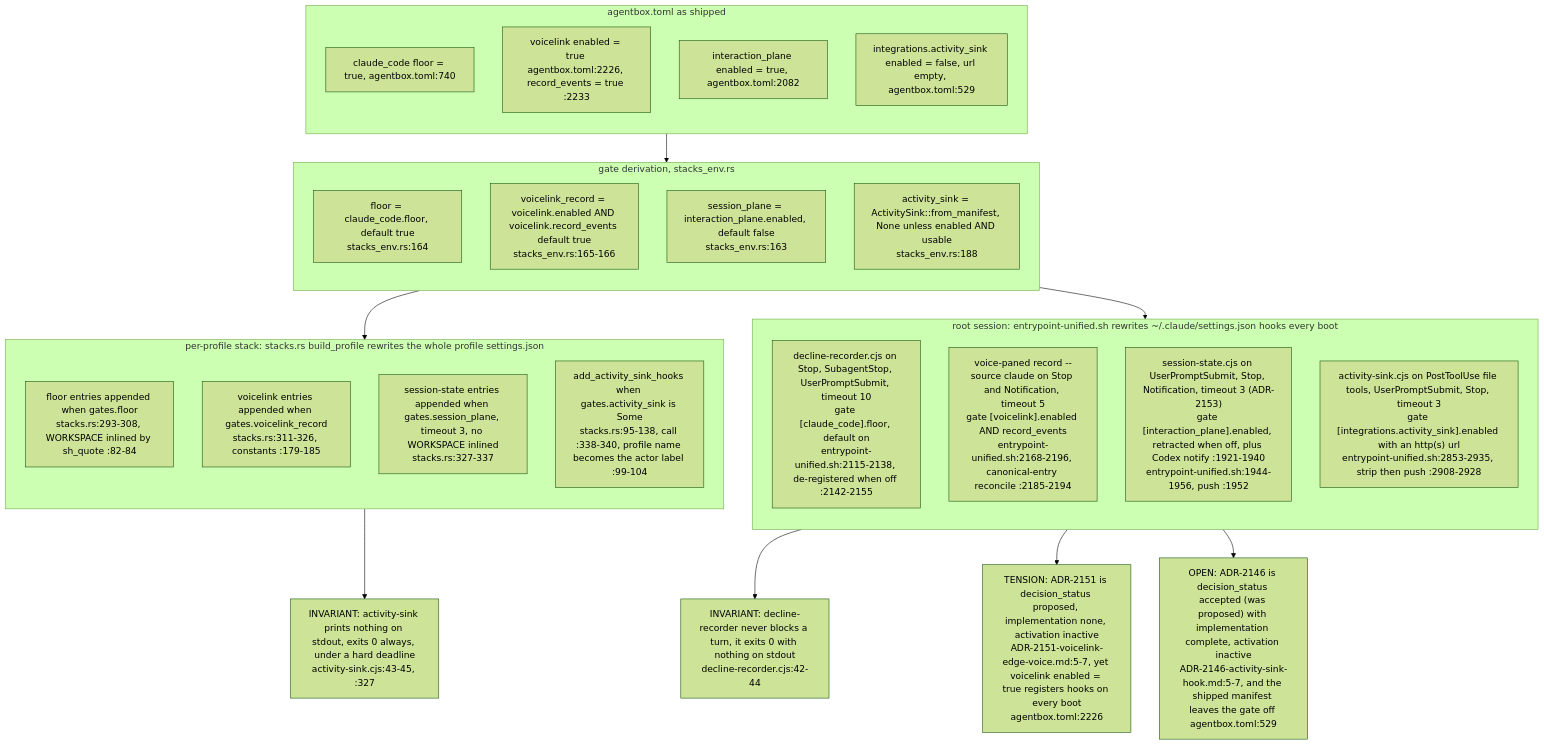
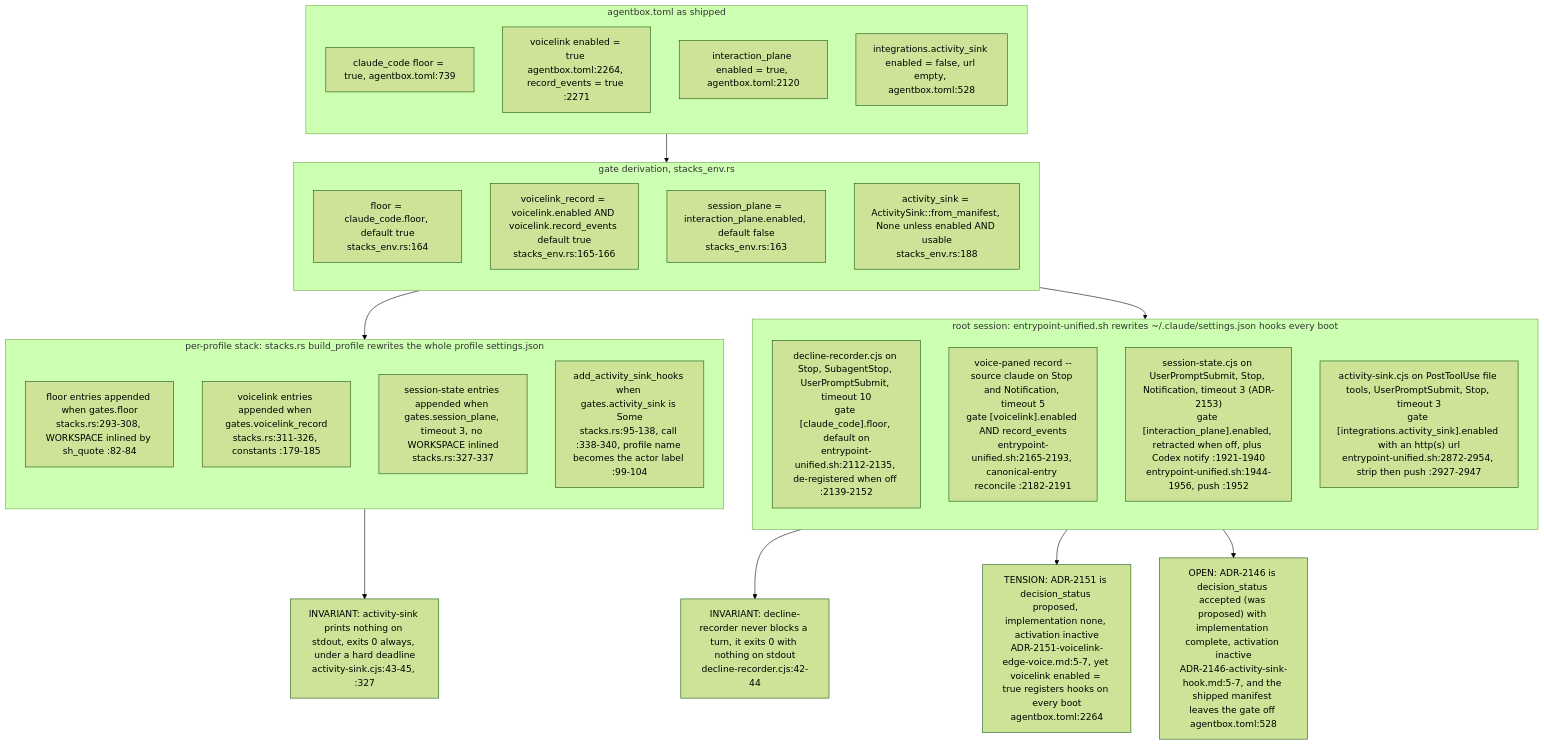
Before and after one commit to DreamLab-AI/VisionFlow: diagram 13 of 13 in docs/diagrams/agentbox/08-hooks-pipeline.md, drawn with Mermaid (forest theme). The commit also changed other lines of this file and 173 other files, not shown here.

First line of the commit message:
docs(audit): estate audit wave 3, agentbox and VisionClaw; ledger complete

````diff
--- a/docs/diagrams/agentbox/08-hooks-pipeline.md
+++ b/docs/diagrams/agentbox/08-hooks-pipeline.md
@@ -579,41 +594,41 @@
 ```mermaid
 flowchart TB
     subgraph ROOT["root session: entrypoint-unified.sh rewrites ~/.claude/settings.json hooks every boot"]
     direction TB
-    R1["decline-recorder.cjs on Stop, SubagentStop, UserPromptSubmit, timeout 10<br/>gate [claude_code].floor, default on<br/>entrypoint-unified.sh:2115-2138, de-registered when off :2142-2155"]
-    R2["voice-paned record --source claude on Stop and Notification, timeout 5<br/>gate [voicelink].enabled AND record_events<br/>entrypoint-unified.sh:2168-2196, canonical-entry reconcile :2185-2194"]
+    R1["decline-recorder.cjs on Stop, SubagentStop, UserPromptSubmit, timeout 10<br/>gate [claude_code].floor, default on<br/>entrypoint-unified.sh:2112-2135, de-registered when off :2139-2152"]
+    R2["voice-paned record --source claude on Stop and Notification, timeout 5<br/>gate [voicelink].enabled AND record_events<br/>entrypoint-unified.sh:2165-2193, canonical-entry reconcile :2182-2191"]
     R4["session-state.cjs on UserPromptSubmit, Stop, Notification, timeout 3 (ADR-2153)<br/>gate [interaction_plane].enabled, retracted when off, plus Codex notify :1921-1940<br/>entrypoint-unified.sh:1944-1956, push :1952"]
-    R3["activity-sink.cjs on PostToolUse file tools, UserPromptSubmit, Stop, timeout 3<br/>gate [integrations.activity_sink].enabled with an http(s) url<br/>entrypoint-unified.sh:2853-2935, strip then push :2908-2928"]
+    R3["activity-sink.cjs on PostToolUse file tools, UserPromptSubmit, Stop, timeout 3<br/>gate [integrations.activity_sink].enabled with an http(s) url<br/>entrypoint-unified.sh:2872-2954, strip then push :2927-2947"]
     end
     subgraph PROF["per-profile stack: stacks.rs build_profile rewrites the whole profile settings.json"]
     direction TB
     P1["floor entries appended when gates.floor<br/>stacks.rs:293-308, WORKSPACE inlined by sh_quote :82-84"]
     P2["voicelink entries appended when gates.voicelink_record<br/>stacks.rs:311-326, constants :179-185"]
     P4["session-state entries appended when gates.session_plane, timeout 3, no WORKSPACE inlined<br/>stacks.rs:327-337"]
     P3["add_activity_sink_hooks when gates.activity_sink is Some<br/>stacks.rs:95-138, call :338-340, profile name becomes the actor label :99-104"]
     end
     subgraph GATE["gate derivation, stacks_env.rs"]
     direction TB
     G1["floor = claude_code.floor, default true<br/>stacks_env.rs:164"]
     G2["voicelink_record = voicelink.enabled AND voicelink.record_events default true<br/>stacks_env.rs:165-166"]
     G4["session_plane = interaction_plane.enabled, default false<br/>stacks_env.rs:163"]
     G3["activity_sink = ActivitySink::from_manifest, None unless enabled AND usable<br/>stacks_env.rs:188"]
     end
     subgraph MAN["agentbox.toml as shipped"]
     direction TB
-    M1["claude_code floor = true, agentbox.toml:740"]
-    M2["voicelink enabled = true agentbox.toml:2226, record_events = true :2233"]
-    M4["interaction_plane enabled = true, agentbox.toml:2082"]
-    M3["integrations.activity_sink enabled = false, url empty, agentbox.toml:529"]
+    M1["claude_code floor = true, agentbox.toml:739"]
+    M2["voicelink enabled = true agentbox.toml:2264, record_events = true :2271"]
+    M4["interaction_plane enabled = true, agentbox.toml:2120"]
+    M3["integrations.activity_sink enabled = false, url empty, agentbox.toml:528"]
     end
     MAN --> GATE --> PROF
     GATE --> ROOT
     NOTE1["INVARIANT: decline-recorder never blocks a turn, it exits 0 with nothing on stdout<br/>decline-recorder.cjs:42-44"]
     NOTE2["INVARIANT: activity-sink prints nothing on stdout, exits 0 always, under a hard deadline<br/>activity-sink.cjs:43-45, :327"]
-    NOTE3["TENSION: ADR-2151 is decision_status proposed, implementation none, activation inactive<br/>ADR-2151-voicelink-edge-voice.md:5-7, yet voicelink enabled = true registers hooks on every boot<br/>agentbox.toml:2226"]
-    NOTE4["OPEN: ADR-2146 is decision_status accepted (was proposed) with implementation complete, activation inactive<br/>ADR-2146-activity-sink-hook.md:5-7, and the shipped manifest leaves the gate off agentbox.toml:529"]
+    NOTE3["TENSION: ADR-2151 is decision_status proposed, implementation none, activation inactive<br/>ADR-2151-voicelink-edge-voice.md:5-7, yet voicelink enabled = true registers hooks on every boot<br/>agentbox.toml:2264"]
+    NOTE4["OPEN: ADR-2146 is decision_status accepted (was proposed) with implementation complete, activation inactive<br/>ADR-2146-activity-sink-hook.md:5-7, and the shipped manifest leaves the gate off agentbox.toml:528"]
     ROOT --> NOTE1
     PROF --> NOTE2
     ROOT --> NOTE3
     ROOT --> NOTE4
 ```
````
